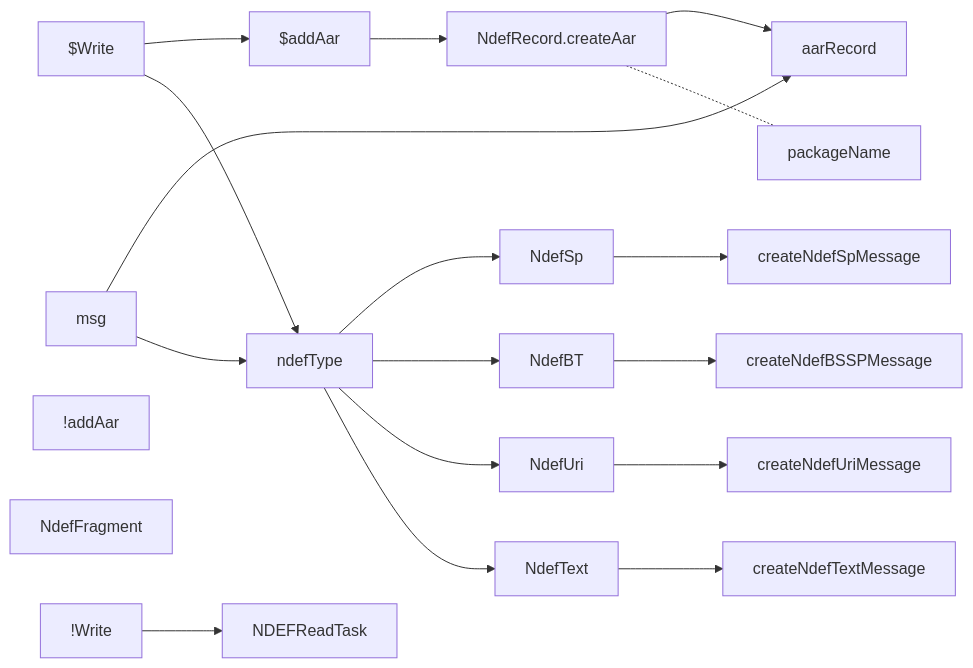
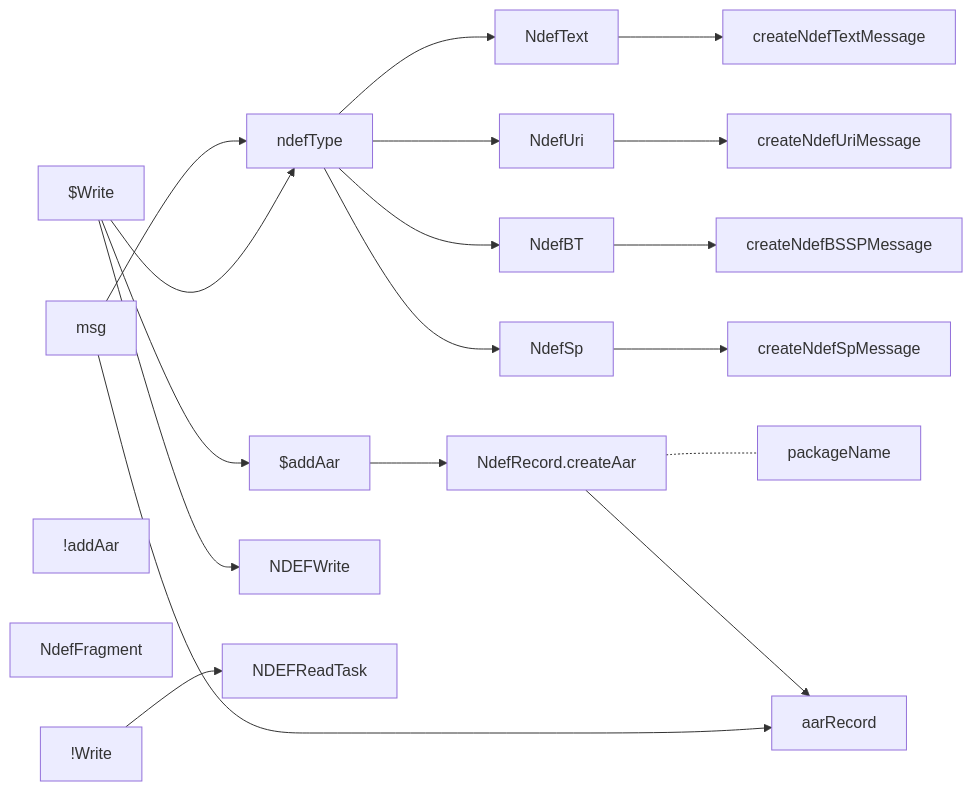
Before and after one commit to gordianknotC/nxp_note: the diagram in nxp/Demo.md, drawn with Mermaid. The commit also changed other lines of this file, not shown here.

Commit message:
nxp/Demo.md updated from https://stackedit.io/

````diff
--- a/nxp/Demo.md
+++ b/nxp/Demo.md
@@ -7,38 +7,40 @@
 ``` mermaid
 graph LR
 $Write
 !Write
 $addAar
 !addAar
 
 NdefFragment
 NdefText
 NdefUri
 NdefBT
 NdefSp
 ndefType
 
 msg --> ndefType
+$Write --> NDEFWrite
 $Write --> ndefType
+$Write --> $addAar
 
 ndefType --> NdefText
 ndefType --> NdefUri
 ndefType --> NdefBT
 ndefType --> NdefSp
 NdefText --> createNdefTextMessage
 NdefUri --> createNdefUriMessage
 NdefBT --> createNdefBSSPMessage
 NdefSp --> createNdefSpMessage
 
-$Write --> $addAar
+
 $addAar --> NdefRecord.createAar
 NdefRecord.createAar -.- packageName
 NdefRecord.createAar --> aarRecord
 
 msg --> aarRecord
 !Write --> NDEFReadTask
 
 
 
 
 ```
````
